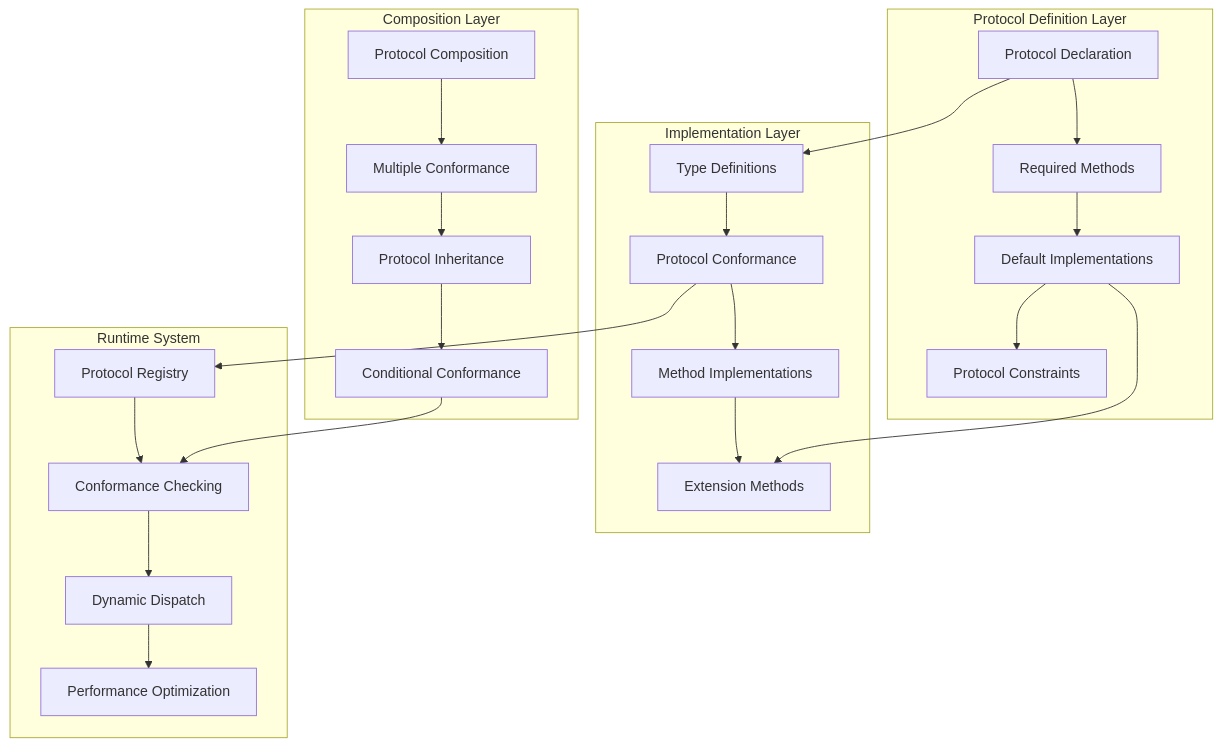
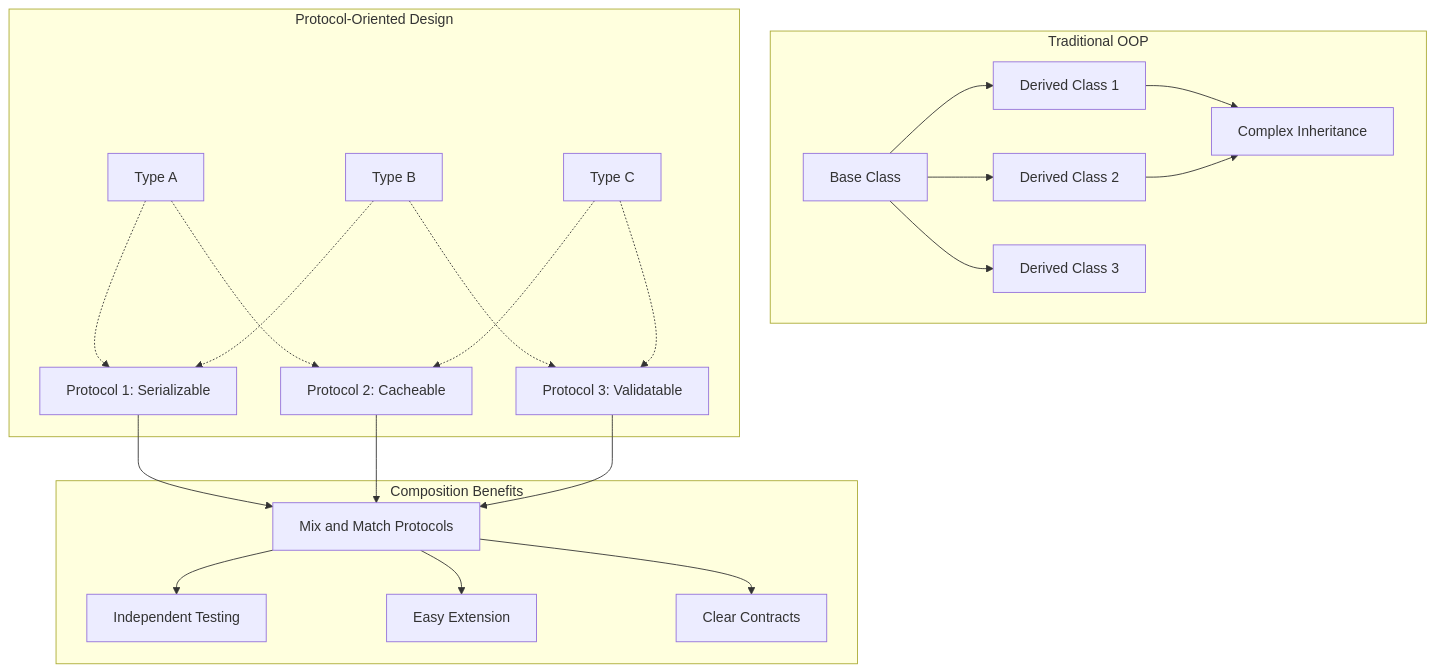
The fifth of 5 diagrams in TALKS.org (aygp-dr/els2026-lightning-talks), drawn with Mermaid before and after one commit. The commit also changed other lines of this file and 24 other files, not shown here.

```diff
--- a/TALKS.org
+++ b/TALKS.org
@@ -1428,31 +1075,37 @@
-#+BEGIN_SRC mermaid :file images/protocol-system-architecture.png :exports both
+#+BEGIN_SRC mermaid :file presentations/05-protocol-programming/slides/protocol-architecture.png :exports both
 graph TD
-    subgraph "Protocol Definition Layer"
-        A[Protocol Declaration] --> B[Required Methods]
-        B --> C[Default Implementations]
-        C --> D[Protocol Constraints]
+    subgraph "Traditional OOP"
+        A[Base Class] --> B[Derived Class 1]
+        A --> C[Derived Class 2]
+        A --> D[Derived Class 3]
+        B --> E[Complex Inheritance]
+        C --> E
     end
     
-    subgraph "Implementation Layer"
-        E[Type Definitions] --> F[Protocol Conformance]
-        F --> G[Method Implementations]
-        G --> H[Extension Methods]
+    subgraph "Protocol-Oriented Design"
+        F[Protocol 1: Serializable]
+        G[Protocol 2: Cacheable]
+        H[Protocol 3: Validatable]
+        
+        I[Type A] -.-> F
+        I -.-> G
+        J[Type B] -.-> F
+        J -.-> H
+        K[Type C] -.-> G
+        K -.-> H
     end
     
-    subgraph "Composition Layer"
-        I[Protocol Composition] --> J[Multiple Conformance]
-        J --> K[Protocol Inheritance]
-        K --> L[Conditional Conformance]
+    subgraph "Composition Benefits"
+        L[Mix and Match Protocols]
+        M[Independent Testing]
+        N[Easy Extension]
+        O[Clear Contracts]
     end
     
-    subgraph "Runtime System"
-        M[Protocol Registry] --> N[Conformance Checking]
-        N --> O[Dynamic Dispatch]
-        O --> P[Performance Optimization]
-    end
-    
-    A --> E
-    C --> H
-    F --> M
+    F --> L
+    G --> L
+    H --> L
+    L --> M
     L --> N
+    L --> O
 #+END_SRC
```
